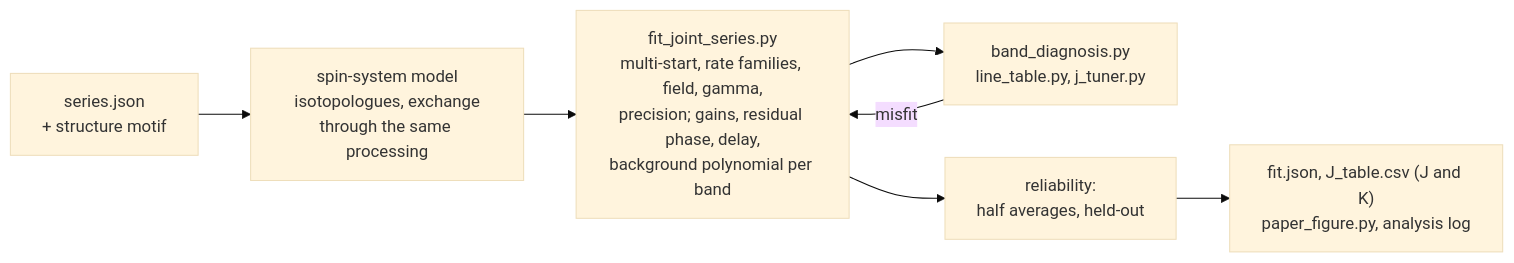
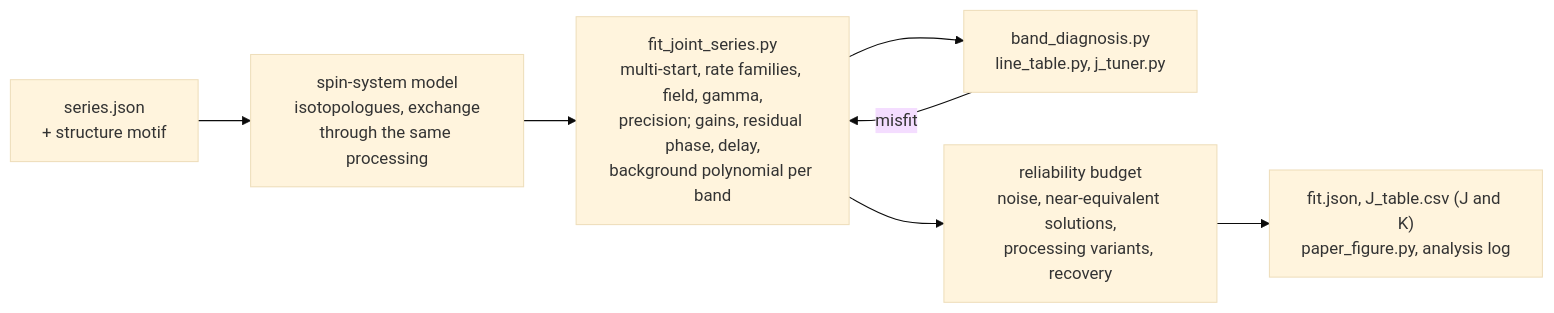
The fourth of 8 diagrams in docs/WORKFLOW.md (gao-xh/ZULF_Model), drawn with Mermaid (base theme) before and after one commit. The commit also changed other lines of this file and 1 other file, not shown here.

````diff
--- a/docs/WORKFLOW.md
+++ b/docs/WORKFLOW.md
@@ -144,9 +165,9 @@
 ```mermaid
 flowchart LR
     s["series.json<br/>+ structure motif"] --> m["spin-system model<br/>isotopologues, exchange<br/>through the same processing"]
     m --> f["fit_joint_series.py<br/>multi-start, rate families, field, gamma,<br/>precision; gains, residual phase, delay,<br/>background polynomial per band"]
     f --> d["band_diagnosis.py<br/>line_table.py, j_tuner.py"]
     d -- misfit --> f
-    f --> u["reliability:<br/>half averages, held-out"]
+    f --> u["reliability budget<br/>noise, near-equivalent solutions,<br/>processing variants, recovery"]
     u --> r["fit.json, J_table.csv (J and K)<br/>paper_figure.py, analysis log"]
 ```
````
